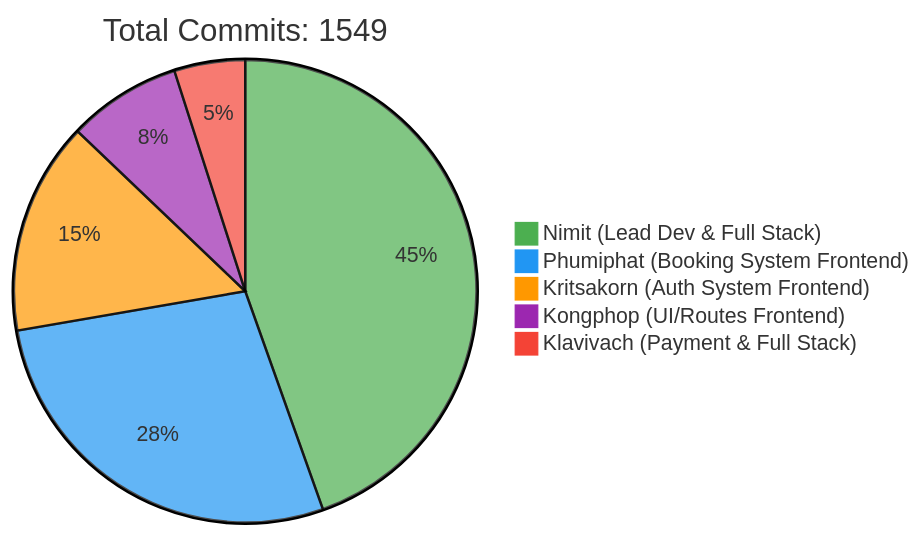
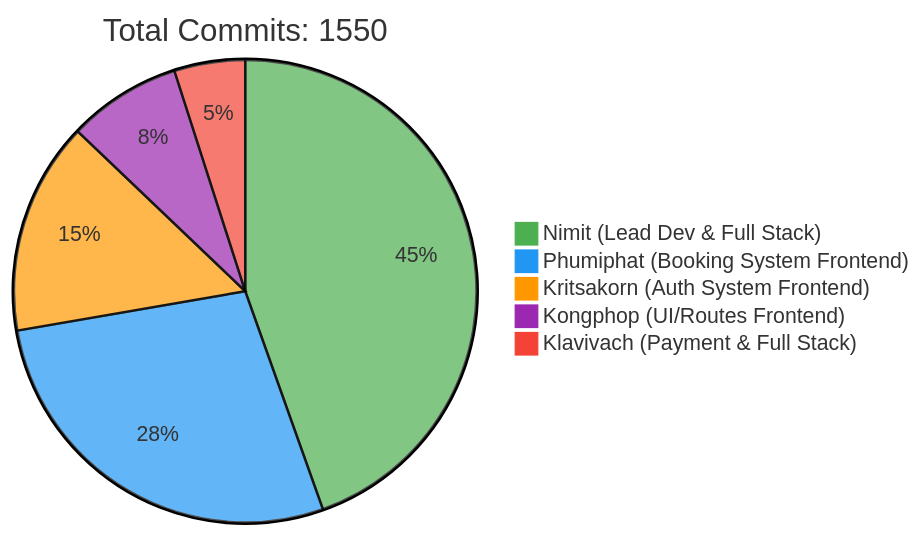
Before and after one commit to 6531503042/Sport-Complex: the first of 2 diagrams in README.md, drawn with Mermaid. The commit also changed other lines of this file, not shown here.

Commit message:
docs: Update contributor statistics [skip ci]

````diff
--- a/README.md
+++ b/README.md
@@ -257,10 +257,10 @@
 ```mermaid
 %%{init: {'theme': 'base', 'themeVariables': { 'pie1': '#4CAF50', 'pie2': '#2196F3', 'pie3': '#FF9800', 'pie4': '#9C27B0', 'pie5': '#F44336'}}}%%
 pie
-    title Total Commits: 1549
+    title Total Commits: 1550
     "Nimit (Lead Dev & Full Stack)" : 450
     "Phumiphat (Booking System Frontend)" : 280
     "Kritsakorn (Auth System Frontend)" : 150
     "Kongphop (UI/Routes Frontend)" : 80
     "Klavivach (Payment & Full Stack)" : 50
 ```
````
